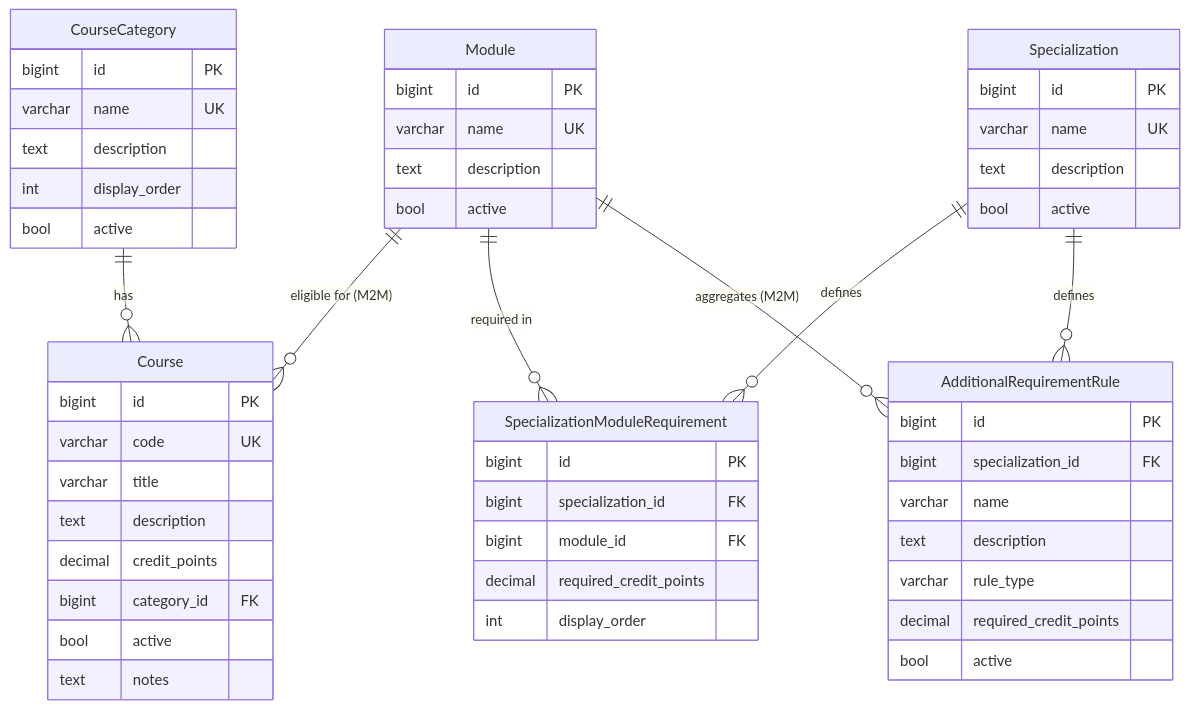
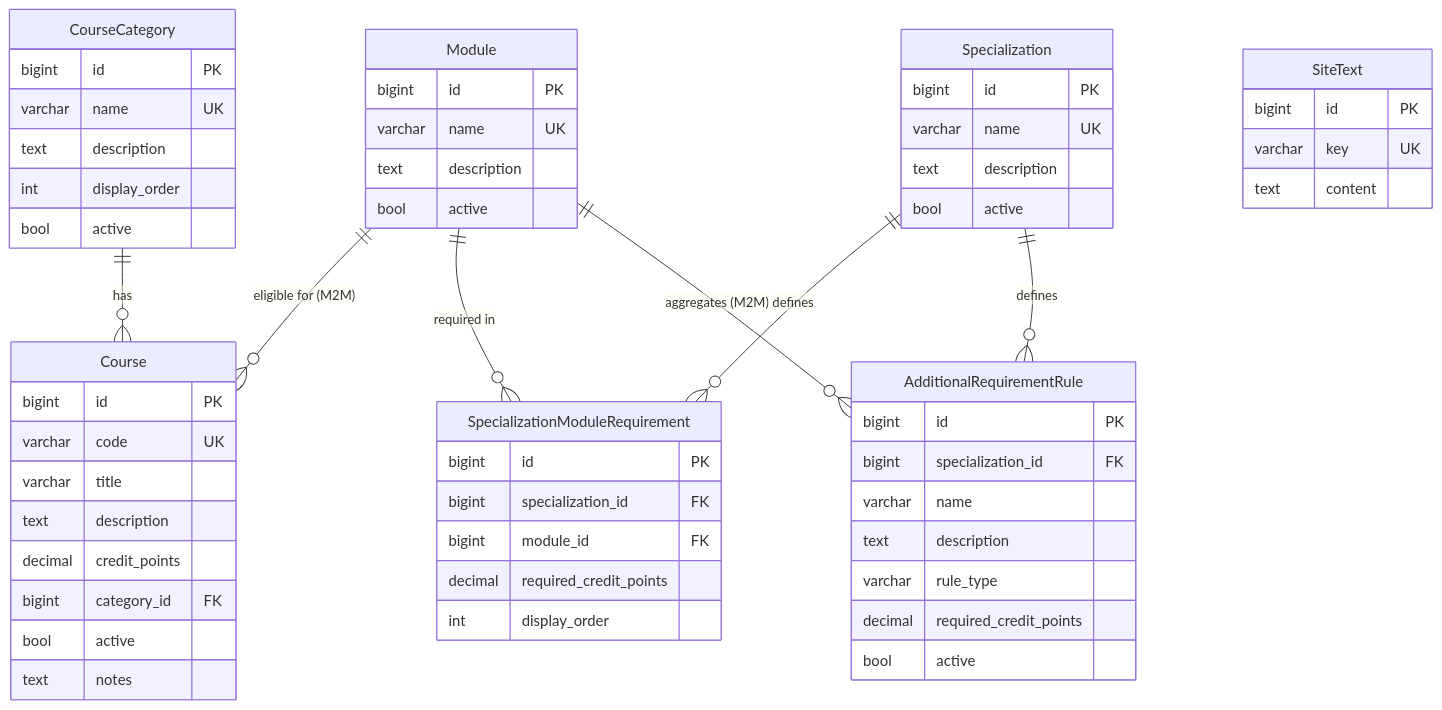
Before and after one commit to Mike-Devereux/Kurs-Plan: the diagram in db.md, drawn with Mermaid. The commit also changed other lines of this file and 12 other files, not shown here.

````diff
--- a/db.md
+++ b/db.md
@@ -18,60 +18,66 @@
 ```mermaid
 erDiagram
     CourseCategory ||--o{ Course : "has"
     Module ||--o{ Course : "eligible for (M2M)"
     Specialization ||--o{ SpecializationModuleRequirement : "defines"
     Module ||--o{ SpecializationModuleRequirement : "required in"
     Specialization ||--o{ AdditionalRequirementRule : "defines"
     Module ||--o{ AdditionalRequirementRule : "aggregates (M2M)"
 
     CourseCategory {
         bigint id PK
         varchar name UK
         text description
         int display_order
         bool active
     }
 
     Module {
         bigint id PK
         varchar name UK
         text description
         bool active
     }
 
     Course {
         bigint id PK
         varchar code UK
         varchar title
         text description
         decimal credit_points
         bigint category_id FK
         bool active
         text notes
     }
 
     Specialization {
         bigint id PK
         varchar name UK
         text description
         bool active
     }
 
     SpecializationModuleRequirement {
         bigint id PK
         bigint specialization_id FK
         bigint module_id FK
         decimal required_credit_points
         int display_order
     }
 
     AdditionalRequirementRule {
         bigint id PK
         bigint specialization_id FK
         varchar name
         text description
         varchar rule_type
         decimal required_credit_points
         bool active
     }
+
+    SiteText {
+        bigint id PK
+        varchar key UK
+        text content
+    }
 ```
````
